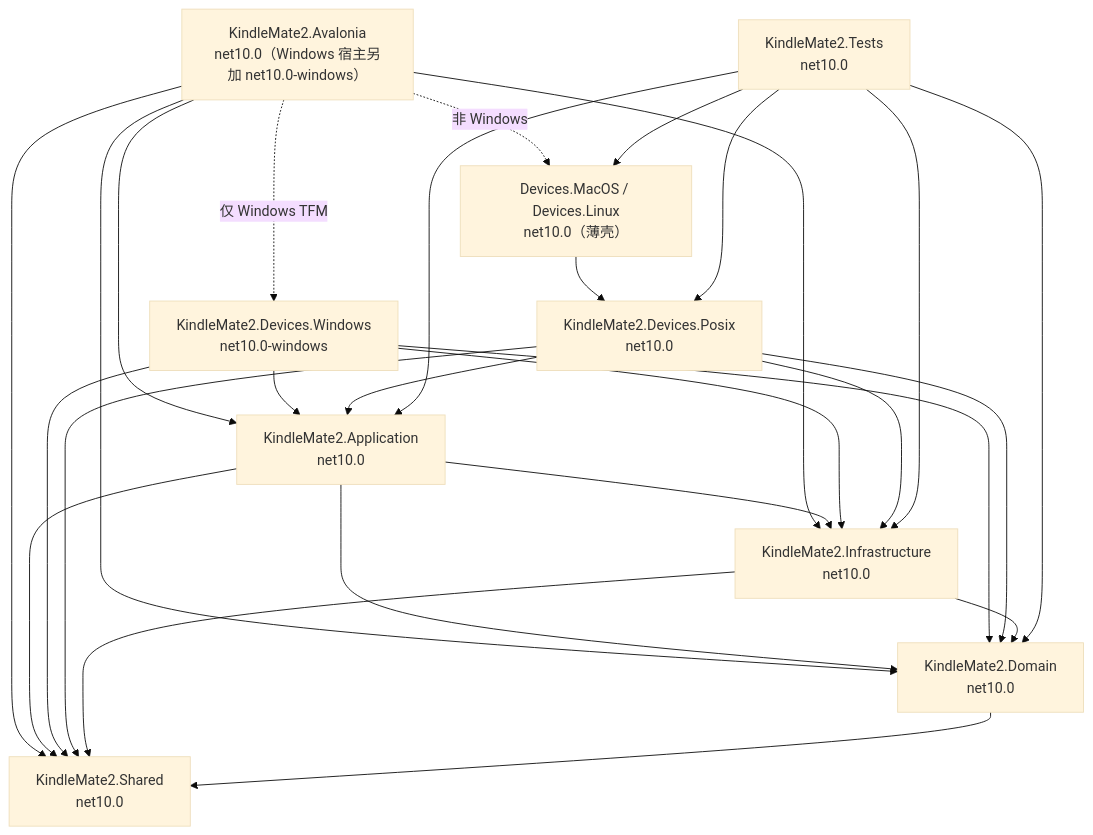
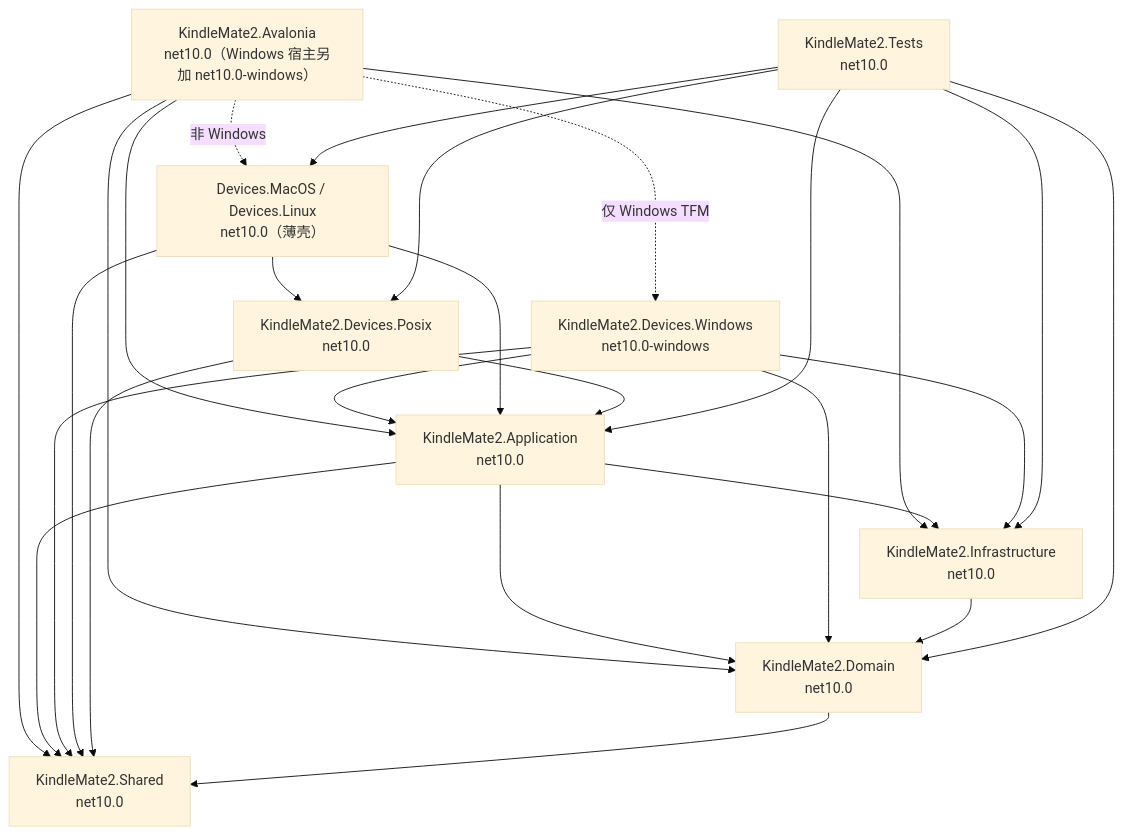
The diagram in arch.md (lzcapp/KindleMate2), drawn with Mermaid (base theme) before and after one commit. The commit also changed other lines of this file and 3 other files, not shown here.

````diff
--- a/arch.md
+++ b/arch.md
@@ -56,35 +56,35 @@
 ```mermaid
 graph TD
     UI["KindleMate2.Avalonia<br/>net10.0（Windows 宿主另加 net10.0-windows）"] --> APP["KindleMate2.Application<br/>net10.0"]
     UI --> INF["KindleMate2.Infrastructure<br/>net10.0"]
     UI --> DOM["KindleMate2.Domain<br/>net10.0"]
     UI --> SH["KindleMate2.Shared<br/>net10.0"]
     UI -. "仅 Windows TFM" .-> DEV["KindleMate2.Devices.Windows<br/>net10.0-windows"]
     UI -. "非 Windows" .-> POS["Devices.MacOS / Devices.Linux<br/>net10.0（薄壳）"]
 
     APP --> DOM
     APP --> INF
     APP --> SH
 
     DEV --> APP
     DEV --> DOM
     DEV --> INF
     DEV --> SH
 
     POS --> POSIX["KindleMate2.Devices.Posix<br/>net10.0"]
+    POS --> APP
+    POS --> SH
+
     POSIX --> APP
-    POSIX --> DOM
-    POSIX --> INF
     POSIX --> SH
 
     INF --> DOM
-    INF --> SH
 
     DOM --> SH
 
     T["KindleMate2.Tests<br/>net10.0"] --> APP
     T --> INF
     T --> DOM
     T --> POS
     T --> POSIX
 ```
````
